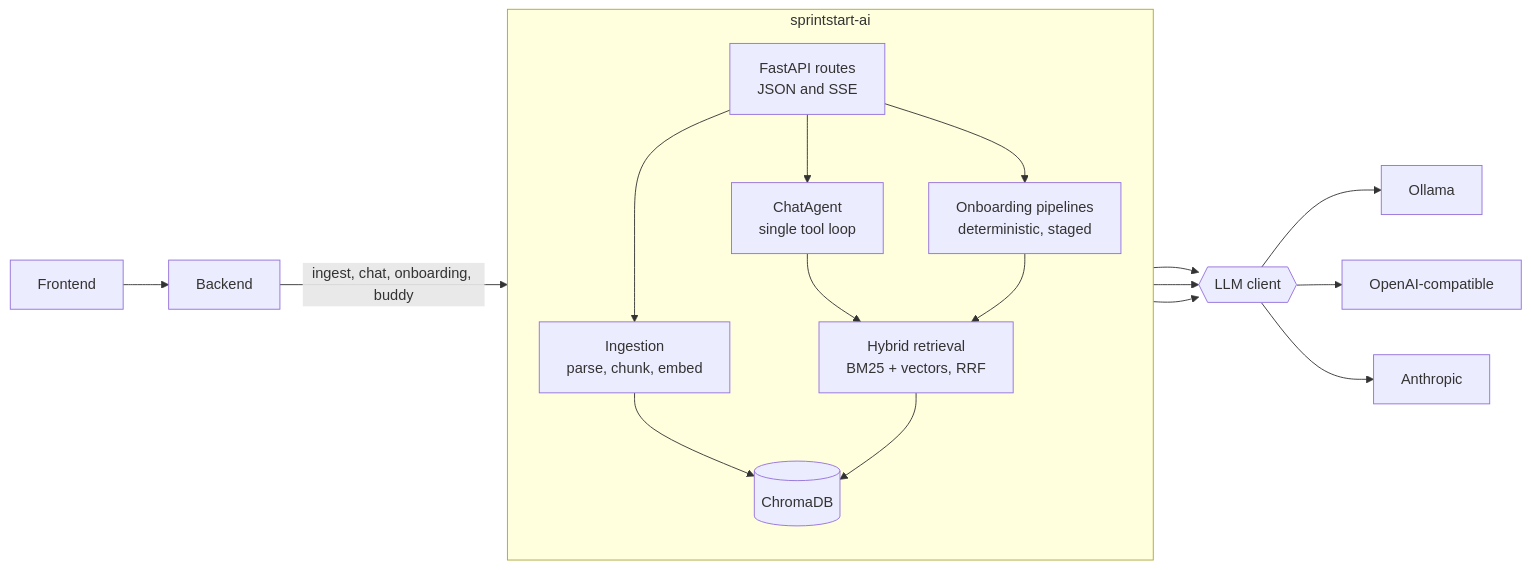
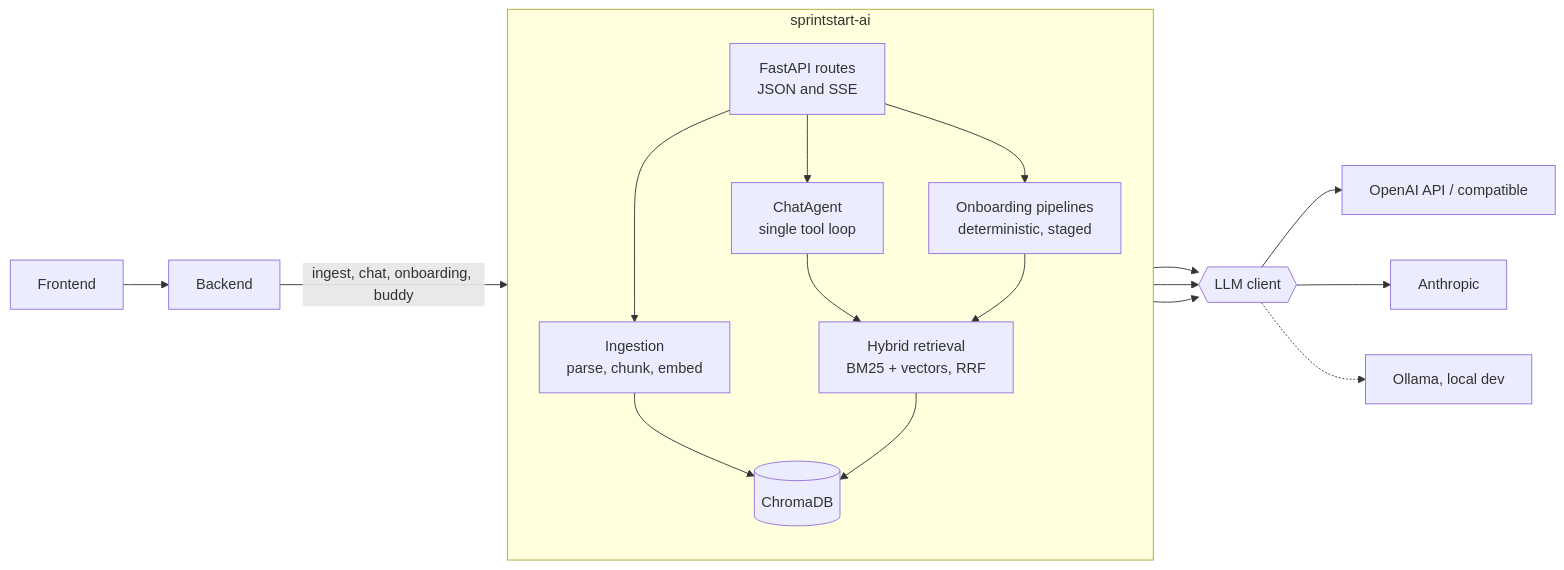
One commit to SprintStartProject/sprintstart-ai changed the diagram in README.md. Above: the diagram before and after it, drawn with Mermaid. The commit also changed other lines of this file, not shown here.

First line of the commit message:
README: lead with the OpenAI API, demote Ollama

````diff
--- a/README.md
+++ b/README.md
@@ -39,25 +39,25 @@
 ```mermaid
 flowchart LR
     FE[Frontend] --> BE[Backend]
     BE -->|ingest, chat, onboarding, buddy| AI
 
     subgraph AI [sprintstart-ai]
         direction TB
         API[FastAPI routes<br/>JSON and SSE]
         ING[Ingestion<br/>parse, chunk, embed]
         RAG[Hybrid retrieval<br/>BM25 + vectors, RRF]
         AG[ChatAgent<br/>single tool loop]
         ON[Onboarding pipelines<br/>deterministic, staged]
         API --> ING --> VS[(ChromaDB)]
         API --> AG --> RAG
         API --> ON --> RAG
         RAG --> VS
     end
 
     AG --> LLM{{LLM client}}
     ON --> LLM
     ING --> LLM
-    LLM --> O[Ollama]
-    LLM --> OA[OpenAI-compatible]
+    LLM --> OA[OpenAI API / compatible]
     LLM --> AN[Anthropic]
+    LLM -.-> O[Ollama, local dev]
 ```
````
